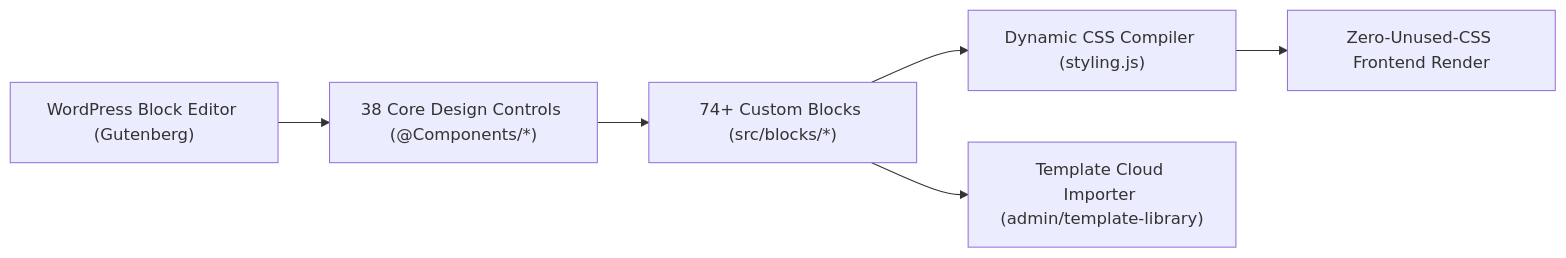
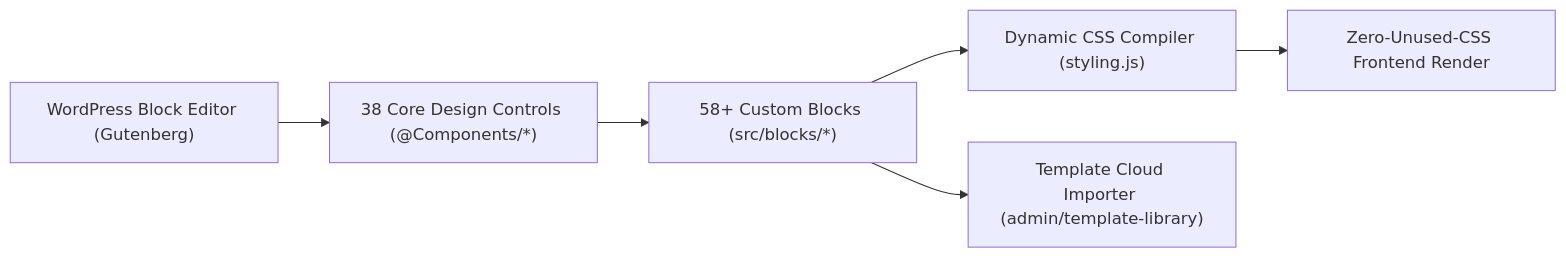
The diagram in README.md (boom-devs/frontis-blocks), drawn with Mermaid before and after one commit. The commit also changed other lines of this file and 2 other files, not shown here.

Commit message:
docs: correct block count to 58 standalone blocks across documentation

````diff
--- a/README.md
+++ b/README.md
@@ -80,8 +80,8 @@
 ```mermaid
 flowchart LR
     Editor["WordPress Block Editor (Gutenberg)"] --> Components["38 Core Design Controls (@Components/*)"]
-    Components --> Blocks["74+ Custom Blocks (src/blocks/*)"]
+    Components --> Blocks["58+ Custom Blocks (src/blocks/*)"]
     Blocks --> Engine["Dynamic CSS Compiler (styling.js)"]
     Engine --> Frontend["Zero-Unused-CSS Frontend Render"]
     Blocks --> Cloud["Template Cloud Importer (admin/template-library)"]
 ```
````
